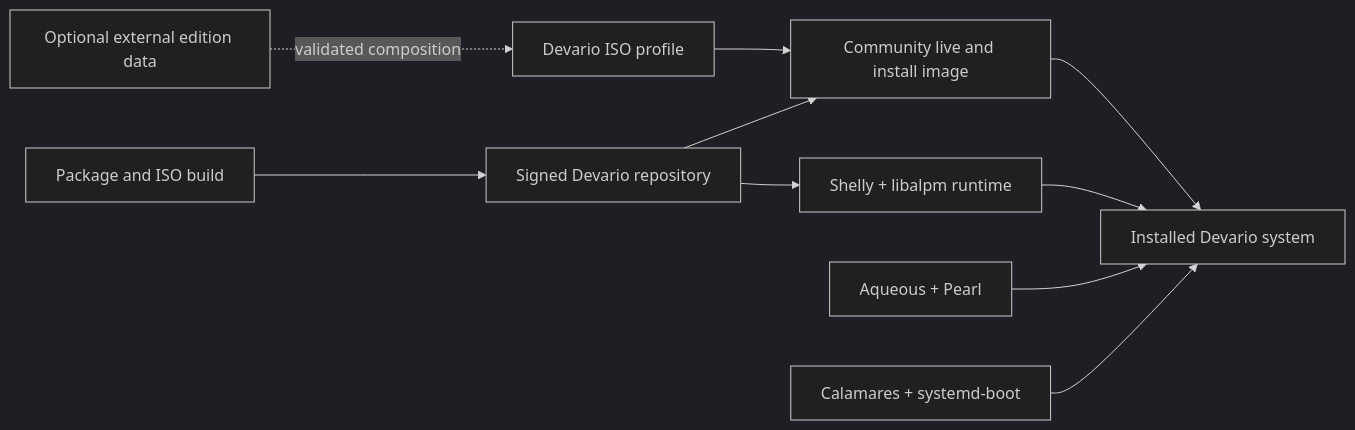
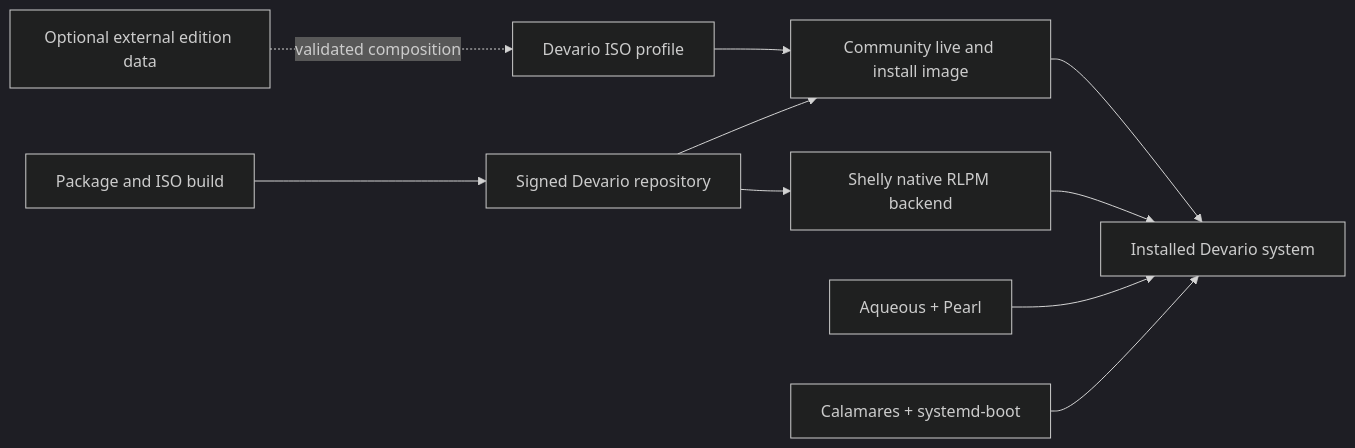
Before and after one commit to Seafoam-Labs/devario-os: the diagram in docs/architecture.md, drawn with Mermaid (dark theme). The commit also changed other lines of this file and 15 other files, not shown here.

````diff
--- a/docs/architecture.md
+++ b/docs/architecture.md
@@ -17,12 +17,12 @@
 ```mermaid
 flowchart LR
     Build["Package and ISO build"] --> Repo["Signed Devario repository"]
-    Repo --> Shelly["Shelly + libalpm runtime"]
+    Repo --> Shelly["Shelly native RLPM backend"]
     Profile["Devario ISO profile"] --> Image["Community live and install image"]
     Repo --> Image
     Image --> System["Installed Devario system"]
     Shelly --> System
     Desktop["Aqueous + Pearl"] --> System
     Installer["Calamares + systemd-boot"] --> System
     Edition["Optional external edition data"] -. "validated composition" .-> Profile
 ```
````
